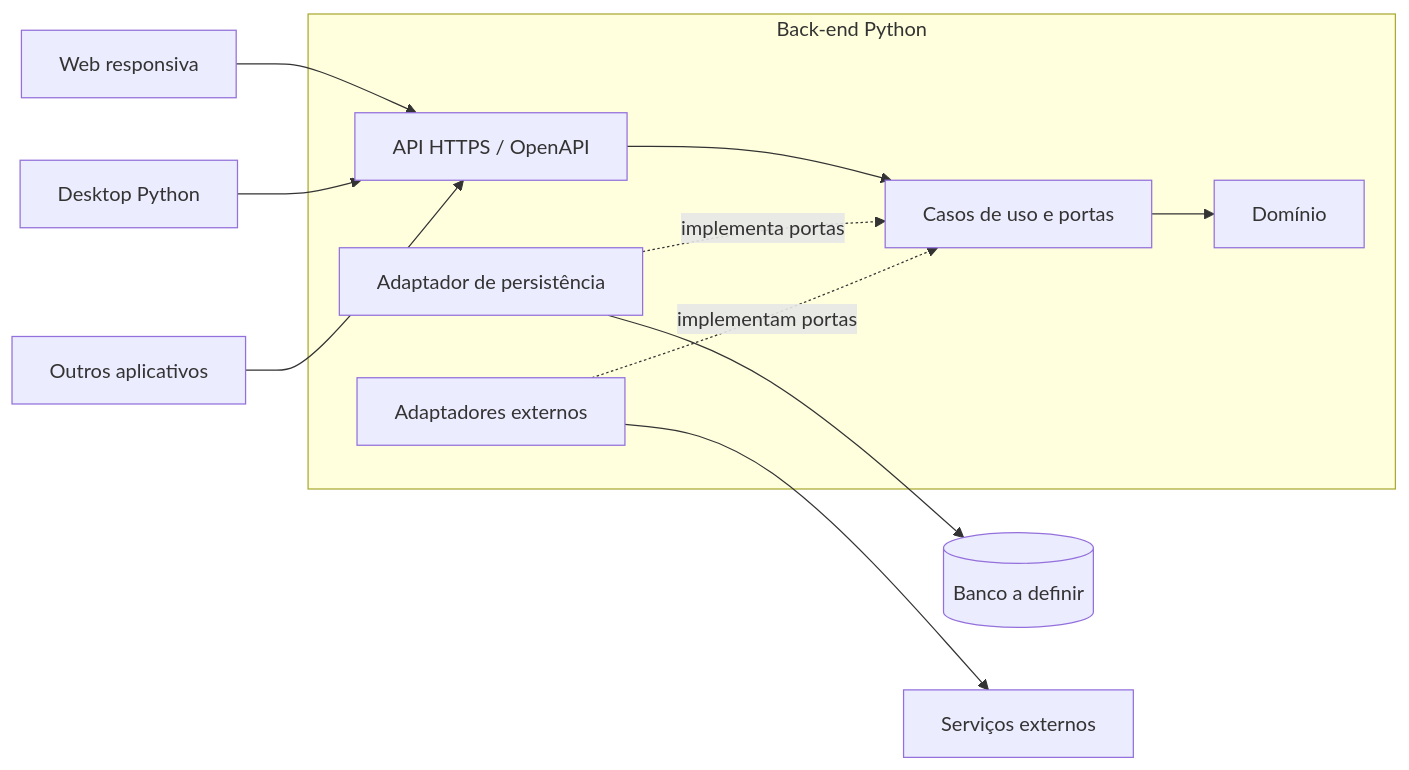
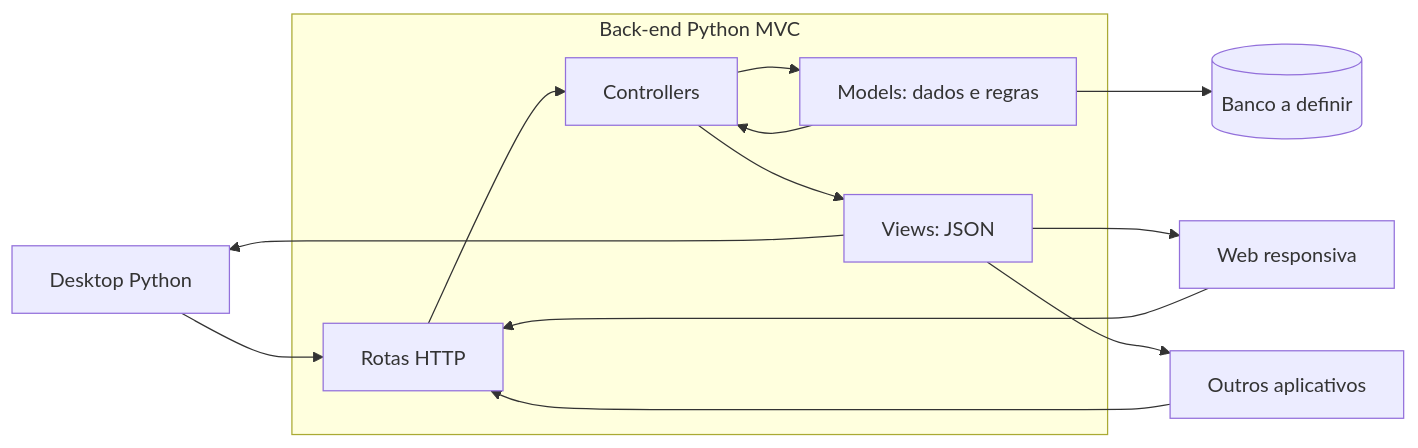
One commit to MarcosKern/ProntuarioEdu-Hospitalar changed the diagram in docs/architecture.md. Above: the diagram before and after it, drawn with Mermaid. The commit also changed other lines of this file and 32 other files, not shown here.

Commit message:
refactor: simplify backend structure and documentation to MVC

````diff
--- a/docs/architecture.md
+++ b/docs/architecture.md
@@ -5,14 +5,16 @@
 ```mermaid
 flowchart LR
-    Web[Web responsiva] --> API[API HTTPS / OpenAPI]
-    Desktop[Desktop Python] --> API
+    Desktop[Desktop Python] --> API[Rotas HTTP]
+    Web[Web responsiva] --> API
     Apps[Outros aplicativos] --> API
-    subgraph Backend[Back-end Python]
-        API --> Application[Casos de uso e portas]
-        Application --> Domain[Domínio]
-        Persistence[Adaptador de persistência] -. implementa portas .-> Application
-        Integrations[Adaptadores externos] -. implementam portas .-> Application
+    subgraph Backend[Back-end Python MVC]
+        API --> Controller[Controllers]
+        Controller --> Model[Models: dados e regras]
+        Model --> Controller
+        Controller --> View[Views: JSON]
     end
-    Persistence --> DB[(Banco a definir)]
-    Integrations --> External[Serviços externos]
+    Model --> DB[(Banco a definir)]
+    View --> Desktop
+    View --> Web
+    View --> Apps
 ```
````
